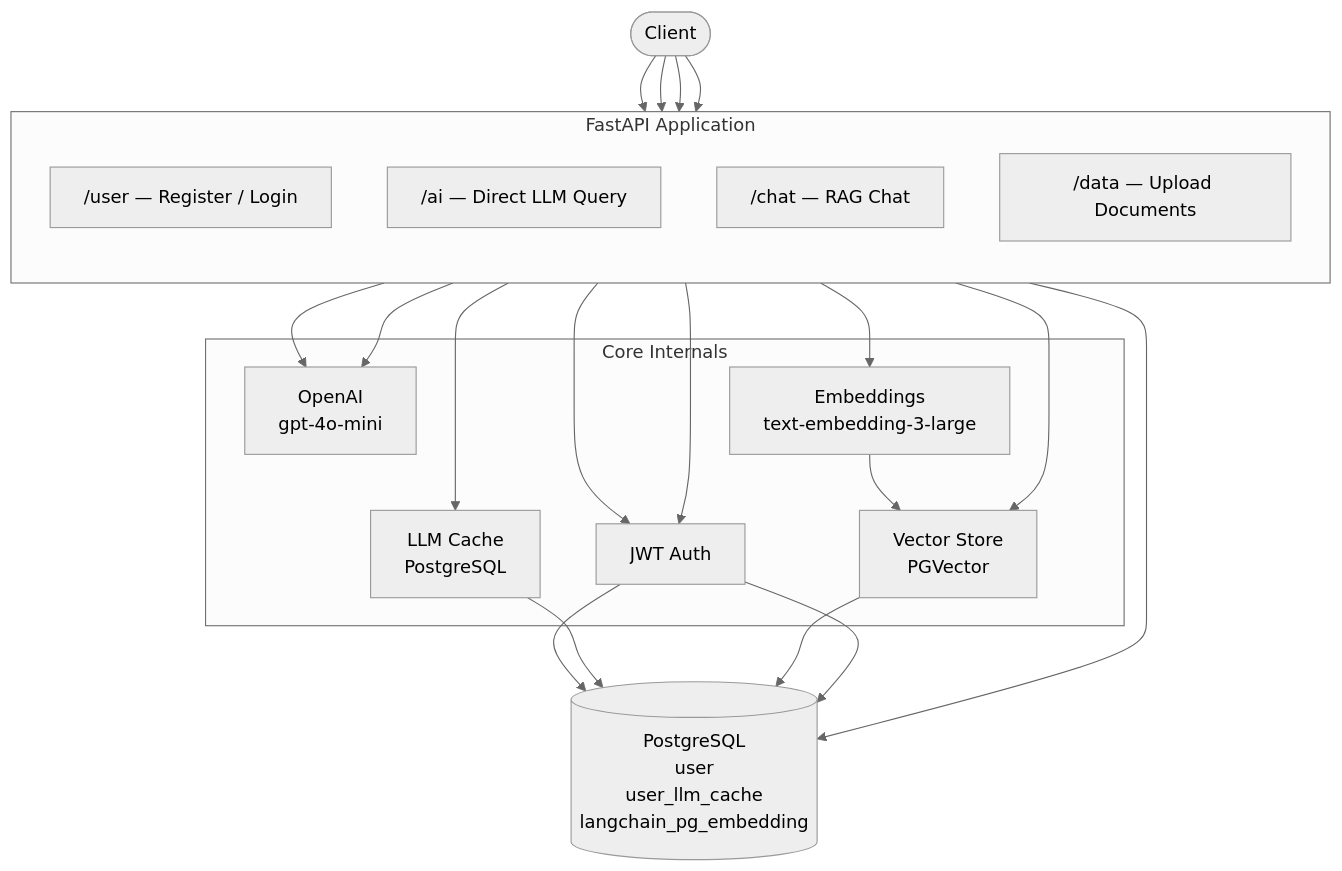
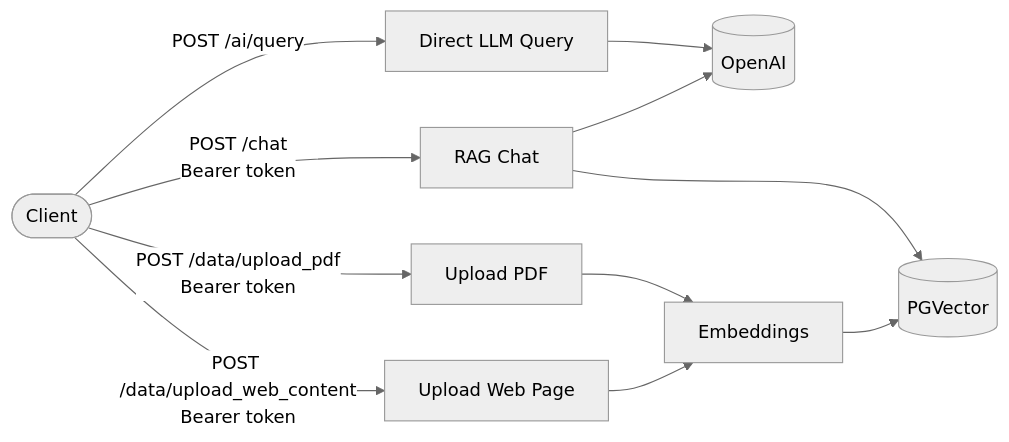
The diagram in Week 6 - 9/EOW project/README.md (janardhanjayanthS/Py), drawn with Mermaid (neutral theme) before and after one commit. The commit also changed other lines of this file and 12 other files, not shown here.

````diff
--- a/Week 6 - 9/EOW project/README.md
+++ b/Week 6 - 9/EOW project/README.md
@@ -54,36 +67,14 @@
 ```mermaid
-graph TD
+flowchart LR
     Client([Client])
 
-    subgraph API ["FastAPI Application"]
-        direction TB
-        R_user["/user — Register / Login"]
-        R_ai["/ai — Direct LLM Query"]
-        R_chat["/chat — RAG Chat"]
-        R_data["/data — Upload Documents"]
-    end
+    Client -->|POST /ai/query| AI[Direct LLM Query]
+    Client -->|POST /chat\nBearer token| Chat[RAG Chat]
+    Client -->|POST /data/upload_pdf\nBearer token| UpPDF[Upload PDF]
+    Client -->|POST /data/upload_web_content\nBearer token| UpWeb[Upload Web Page]
 
-    subgraph Core ["Core Internals"]
-        JWT[JWT Auth]
-        Cache[LLM Cache<br/>PostgreSQL]
-        VDB[Vector Store<br/>PGVector]
-        LLM[OpenAI<br/>gpt-4o-mini]
-        Embed[Embeddings<br/>text-embedding-3-large]
-    end
-
-    DB[(PostgreSQL<br/>user<br/>user_llm_cache<br/>langchain_pg_embedding)]
-
-    Client --> R_user
-    Client --> R_ai
-    Client --> R_chat
-    Client --> R_data
-
-    R_user --> DB
-    R_ai --> LLM
-    R_chat --> JWT --> DB
-    R_chat --> Cache --> DB
-    R_chat --> VDB --> DB
-    R_chat --> LLM
-    R_data --> JWT --> DB
-    R_data --> Embed --> VDB
+    AI --> LLM[(OpenAI)]
+    Chat --> VDB[(PGVector)] & LLM
+    UpPDF --> Embed[Embeddings] --> VDB
+    UpWeb --> Embed
 ```
````
